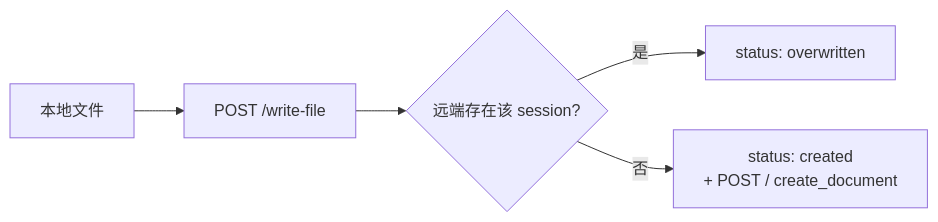
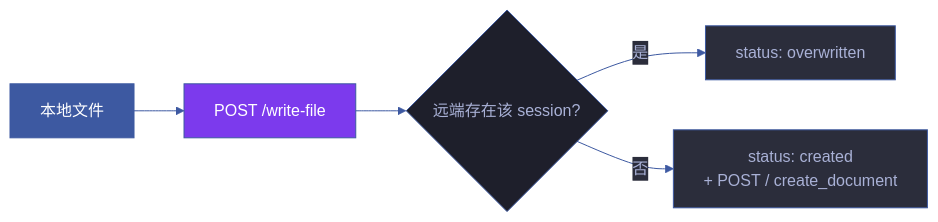
One commit to effiy/YrY changed the third of 7 diagrams in skills/rui-import/SKILL.md. Above: the diagram before and after it, drawn with Mermaid. The commit also changed other lines of this file and 1028 other files, not shown here.

````diff
--- a/skills/rui-import/SKILL.md
+++ b/skills/rui-import/SKILL.md
@@ -105,7 +119,19 @@
 ```mermaid
+%%{init: {'theme': 'base', 'themeVariables': {
+  'primaryColor': '#1e1f2b',
+  'primaryTextColor': '#a9b1d6',
+  'primaryBorderColor': '#3d59a1',
+  'lineColor': '#3d59a1',
+  'secondaryColor': '#2b2d3b',
+  'tertiaryColor': '#21232f'
+}}}%%
 flowchart LR
     LOCAL["本地文件"]:::src --> POST["POST /write-file"]:::api
     POST --> Q{"远端存在该 session?"}
     Q -->|"是"| OVERWRITE["status: overwritten"]:::op
     Q -->|"否"| CREATE["status: created<br/>+ POST / create_document"]:::op
+
+    classDef src fill:#3d59a1,color:#fff
+    classDef api fill:#7c3aed,color:#fff
+    classDef op fill:#2b2d3b,stroke:#3d59a1,color:#a9b1d6
 ```
````
